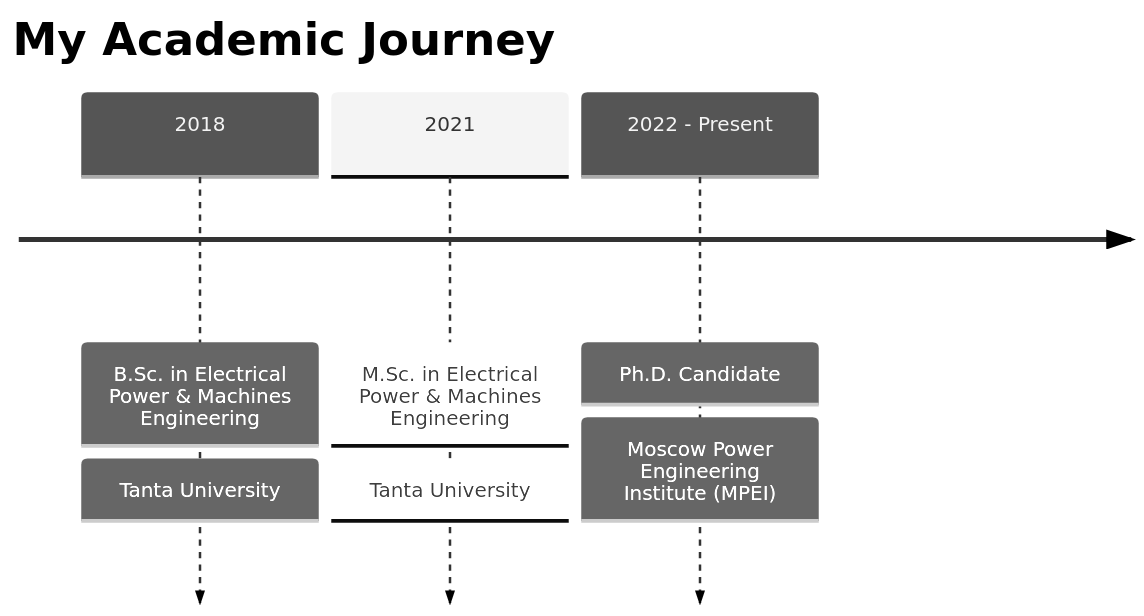
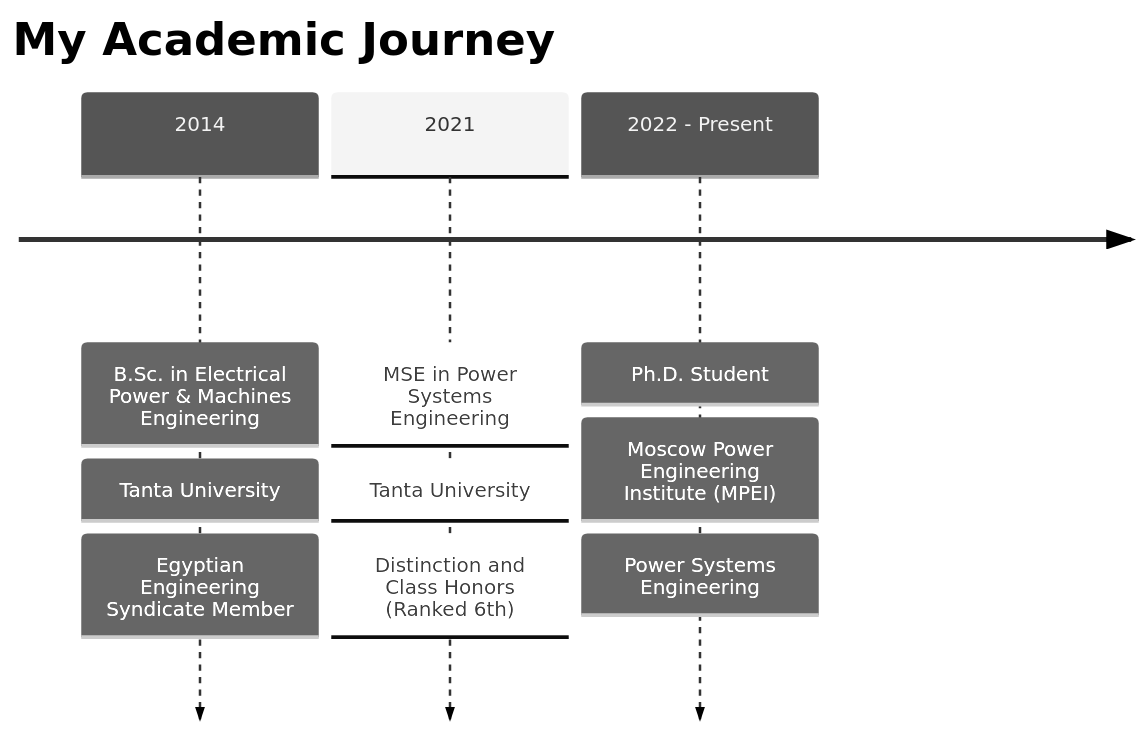
Before and after one commit to ahmelkholy/ahmelkholy: the diagram in README.md, drawn with Mermaid (neutral theme). The commit also changed other lines of this file and 1 other file, not shown here.

````diff
--- a/README.md
+++ b/README.md
@@ -49,7 +51,7 @@
 ```mermaid
 timeline
     title My Academic Journey
-    2018 : B.Sc. in Electrical Power & Machines Engineering : Tanta University
-    2021 : M.Sc. in Electrical Power & Machines Engineering : Tanta University
-    2022 - Present : Ph.D. Candidate : Moscow Power Engineering Institute (MPEI)
+    2014 : B.Sc. in Electrical Power & Machines Engineering : Tanta University : Egyptian Engineering Syndicate Member
+    2021 : MSE in Power Systems Engineering : Tanta University : Distinction and Class Honors (Ranked 6th)
+    2022 - Present : Ph.D. Student : Moscow Power Engineering Institute (MPEI) : Power Systems Engineering
 ```
````
